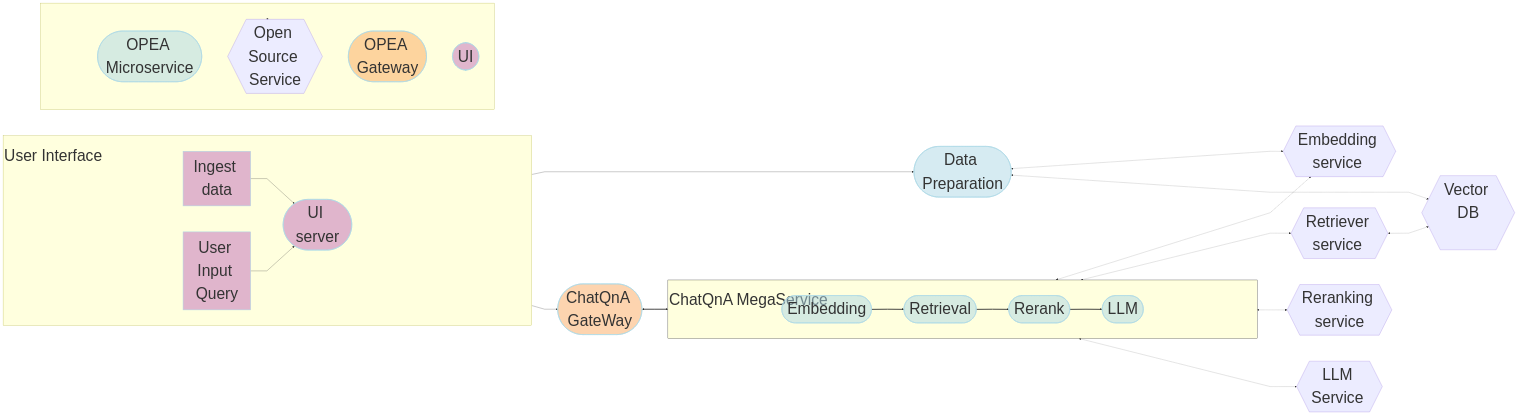
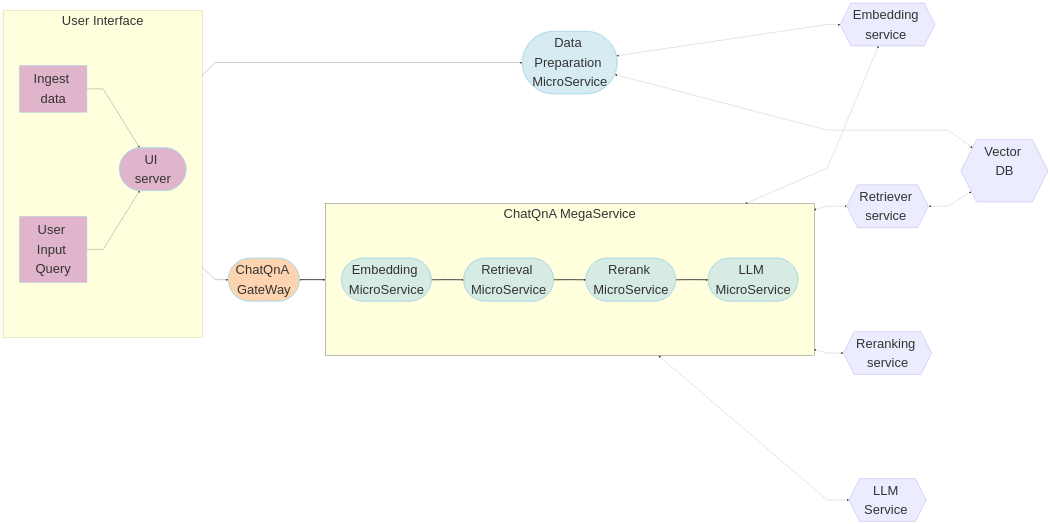
One commit to opea-project/GenAIExamples changed the diagram in ChatQnA/README.md. Above: the diagram before and after it, drawn with Mermaid. The commit also changed other lines of this file, not shown here.

Commit message:
Update README.md
updated the FlowChart to make things clear

````diff
--- a/ChatQnA/README.md
+++ b/ChatQnA/README.md
@@ -13,83 +13,76 @@
 ```mermaid
 ---
 config:
   flowchart:
-    nodeSpacing: 100
+    nodeSpacing: 400
     rankSpacing: 100
     curve: linear
   themeVariables:
-    fontSize: 60px
+    fontSize: 50px
 ---
 flowchart LR
     %% Colors %%
     classDef blue fill:#ADD8E6,stroke:#ADD8E6,stroke-width:2px,fill-opacity:0.5
     classDef orange fill:#FBAA60,stroke:#ADD8E6,stroke-width:2px,fill-opacity:0.5
     classDef orchid fill:#C26DBC,stroke:#ADD8E6,stroke-width:2px,fill-opacity:0.5
     classDef invisible fill:transparent,stroke:transparent;
     style ChatQnA-MegaService stroke:#000000
+
     %% Subgraphs %%
-
-    subgraph ChatQnA-MegaService["<div style="margin:1ex 52ex 0 0;"> ChatQnA MegaService <br></div>"]
+    subgraph ChatQnA-MegaService["ChatQnA MegaService "]
         direction LR
-        EM([Embedding]):::blue
-        RET([Retrieval ]):::blue
-        RER([Rerank ]):::blue
-        LLM([LLM ]):::blue
+        EM([Embedding MicroService]):::blue
+        RET([Retrieval MicroService]):::blue
+        RER([Rerank MicroService]):::blue
+        LLM([LLM MicroService]):::blue
     end
-    subgraph UserInterface["<div style="margin:1ex 52ex 0 0;"> User Interface </div>"]
+    subgraph UserInterface[" User Interface "]
         direction LR
         a([User Input Query]):::orchid
         Ingest([Ingest data]):::orchid
         UI([UI server<br>]):::orchid
     end
-    subgraph .
-        direction TB
-        invisible1[ ]:::invisible
-        X([OPEA Microservice]):::blue
-        Y{{Open Source Service}}
-        Z([OPEA Gateway]):::orange
-        Z1([UI]):::orchid
-    end
+
 
 
     TEI_RER{{Reranking service<br>}}
     TEI_EM{{Embedding service <br>}}
     VDB{{Vector DB<br><br>}}
     R_RET{{Retriever service <br>}}
-    DP([Data Preparation<br>]):::blue
+    DP([Data Preparation MicroService]):::blue
     LLM_gen{{LLM Service <br>}}
     GW([ChatQnA GateWay<br>]):::orange
 
     %% Data Preparation flow
     %% Ingest data flow
     direction LR
     Ingest[Ingest data] --> UI
     UI --> DP
     DP <-.-> TEI_EM
 
     %% Questions interaction
     direction LR
     a[User Input Query] --> UI
     UI --> GW
     GW <==> ChatQnA-MegaService
     EM ==> RET
     RET ==> RER
     RER ==> LLM
 
 
     %% Embedding service flow
     direction LR
     EM <-.-> TEI_EM
     RET <-.-> R_RET
     RER <-.-> TEI_RER
     LLM <-.-> LLM_gen
 
     direction TB
     %% Vector DB interaction
     R_RET <-.->VDB
     DP <-.->VDB
 
 
 
 
 ```
````
